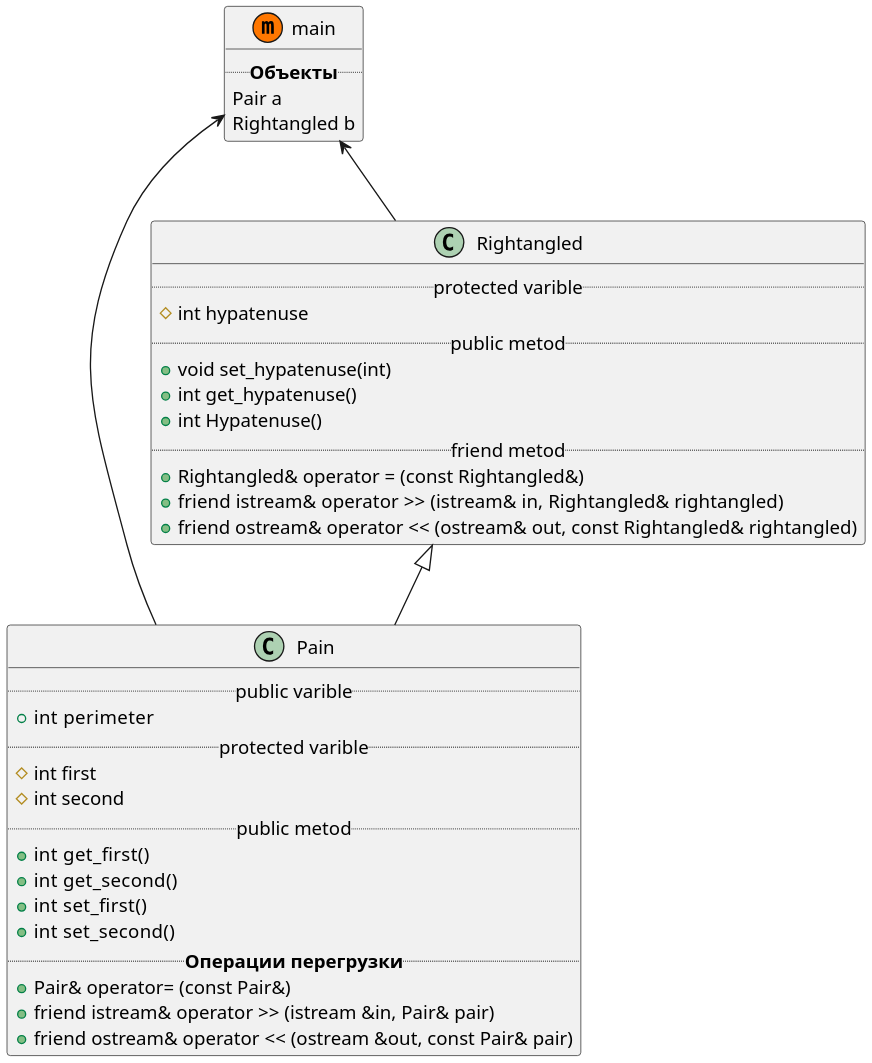
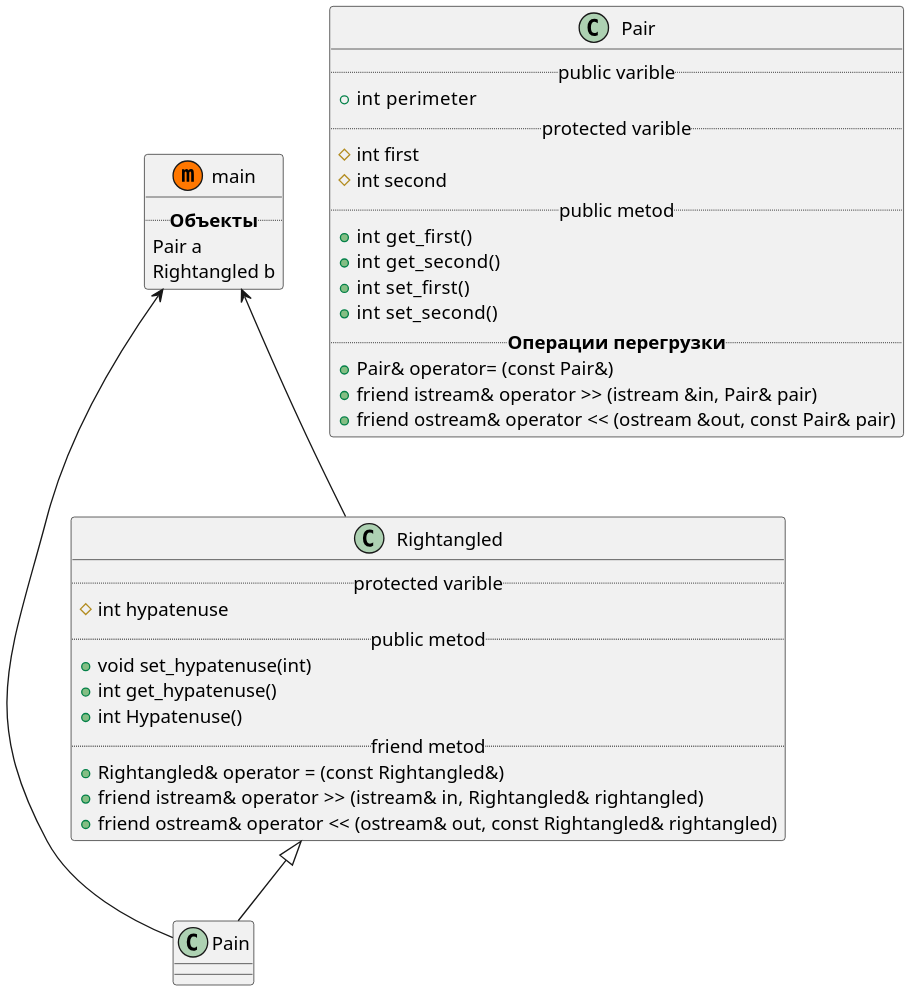
The diagram in ses2/job4/diagram.wsd (ilya-uzun/Learning), drawn with PlantUML before and after one commit. The commit also changed other lines of this file and 2 other files, not shown here.

```diff
--- a/ses2/job4/diagram.wsd
+++ b/ses2/job4/diagram.wsd
@@ -1,43 +1,43 @@
  @startuml
 ' note left of main #while: Комментарий.
 ' note top of Rightangled : Комментарий.
 skinparam dpi 200
 skinparam shadowing false
 main <-- Pain
 main <-- Rightangled
 Rightangled <|--  Pain
 class main<<(m,#FF7700)>>{
     .. **Объекты** ..
     Pair a
     Rightangled b
-} 
+}
 class Rightangled{
     .. protected varible ..
     # int hypatenuse
     .. public metod ..
     + void set_hypatenuse(int)
-    + int get_hypatenuse() 
+    + int get_hypatenuse()
     + int Hypatenuse()
     .. friend metod ..
     + Rightangled& operator = (const Rightangled&)
     + friend istream& operator >> (istream& in,  Rightangled& rightangled)
     + friend ostream& operator << (ostream& out, const Rightangled& rightangled)
 }
-class Pain{
+class Pair{
     .. public varible ..
     + int  perimeter
     .. protected varible ..
     # int first
     # int second
     .. public metod ..
     + int  get_first()
-    + int  get_second() 
+    + int  get_second()
     + int  set_first()
     + int  set_second()
     .. **Операции перегрузки** ..
     + Pair& operator= (const Pair&)
     + friend istream& operator >> (istream &in, Pair& pair)
     + friend ostream& operator << (ostream &out, const Pair& pair)
 }
 
  @enduml
```
